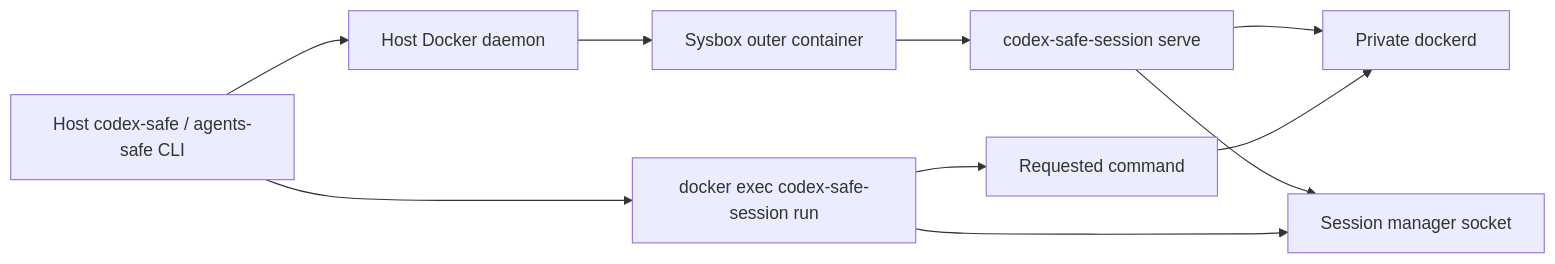
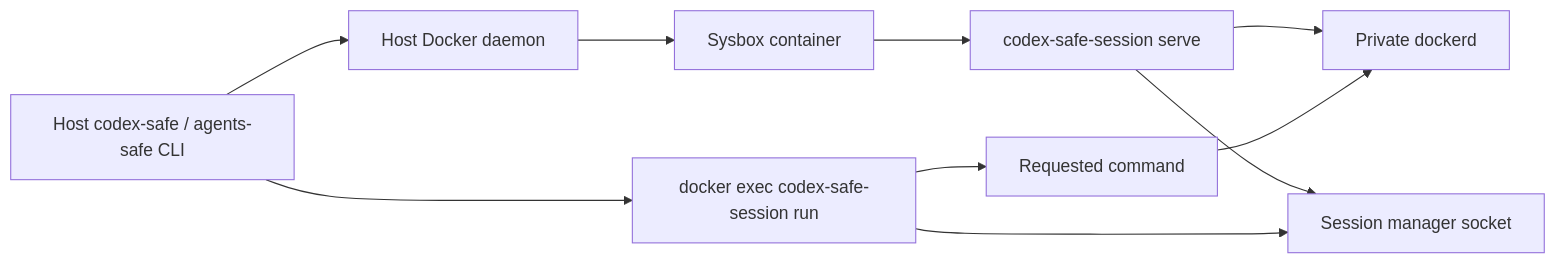
Before and after one commit to vkuptcov/agents-safe-environment: the diagram in ARCHITECTURE.md, drawn with Mermaid. The commit also changed other lines of this file and 8 other files, not shown here.

Commit message:
docs: record Docker CLI launcher architecture

````diff
--- a/ARCHITECTURE.md
+++ b/ARCHITECTURE.md
@@ -14,12 +14,12 @@
 ```mermaid
 flowchart LR
     CLI["Host codex-safe / agents-safe CLI"] --> HostDocker["Host Docker daemon"]
-    HostDocker --> Outer["Sysbox outer container"]
-    Outer --> Supervisor["codex-safe-session serve"]
+    HostDocker --> Container["Sysbox container"]
+    Container --> Supervisor["codex-safe-session serve"]
     Supervisor --> InnerDocker["Private dockerd"]
     Supervisor --> Manager["Session manager socket"]
     CLI --> Wrapper["docker exec codex-safe-session run"]
     Wrapper --> Manager
     Wrapper --> Command["Requested command"]
     Command --> InnerDocker
 ```
````
